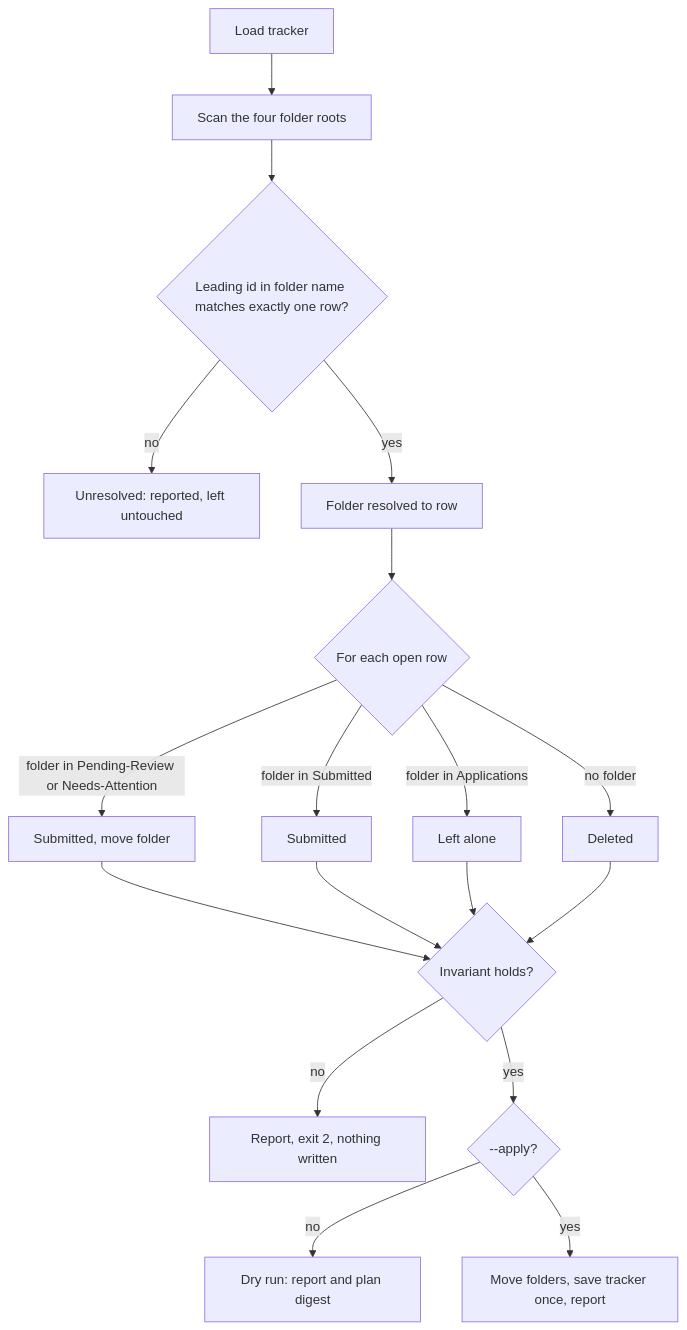
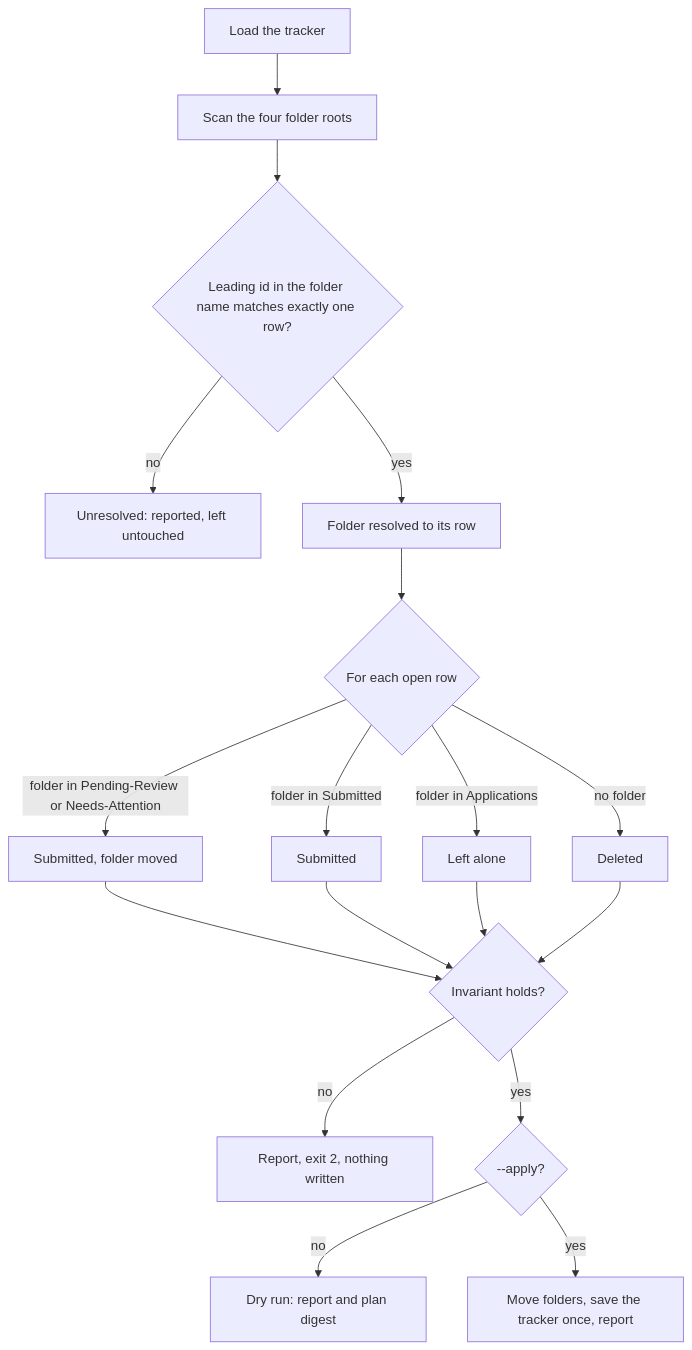
One commit to Maaz77/ohmyjob changed the seventh of 7 diagrams in docs/ARCHITECTURE.md. Above: the diagram before and after it, drawn with Mermaid. The commit also changed other lines of this file and 12 other files, not shown here.

````diff
--- a/docs/ARCHITECTURE.md
+++ b/docs/ARCHITECTURE.md
@@ -170,20 +349,20 @@
 ```mermaid
 flowchart TD
-    A[Load tracker] --> B[Scan the four folder roots]
-    B --> C{Leading id in folder name matches exactly one row?}
-    C -- no --> U[Unresolved: reported, left untouched]
-    C -- yes --> D[Folder resolved to row]
-    D --> E{For each open row}
-    E -- folder in Pending-Review or Needs-Attention --> F[Submitted, move folder]
-    E -- folder in Submitted --> G[Submitted]
-    E -- folder in Applications --> H[Left alone]
-    E -- no folder --> I[Deleted]
-    F --> J{Invariant holds?}
+    A["Load the tracker"] --> B["Scan the four folder roots"]
+    B --> C{"Leading id in the folder name matches exactly one row?"}
+    C -- no --> U["Unresolved: reported, left untouched"]
+    C -- yes --> D["Folder resolved to its row"]
+    D --> E{"For each open row"}
+    E -- "folder in Pending-Review or Needs-Attention" --> F["Submitted, folder moved"]
+    E -- "folder in Submitted" --> G["Submitted"]
+    E -- "folder in Applications" --> H["Left alone"]
+    E -- "no folder" --> I["Deleted"]
+    F --> J{"Invariant holds?"}
     G --> J
     H --> J
     I --> J
-    J -- no --> K[Report, exit 2, nothing written]
-    J -- yes --> L{--apply?}
-    L -- no --> M[Dry run: report and plan digest]
-    L -- yes --> N[Move folders, save tracker once, report]
+    J -- no --> K["Report, exit 2, nothing written"]
+    J -- yes --> L{"--apply?"}
+    L -- no --> M["Dry run: report and plan digest"]
+    L -- yes --> N["Move folders, save the tracker once, report"]
 ```
````
